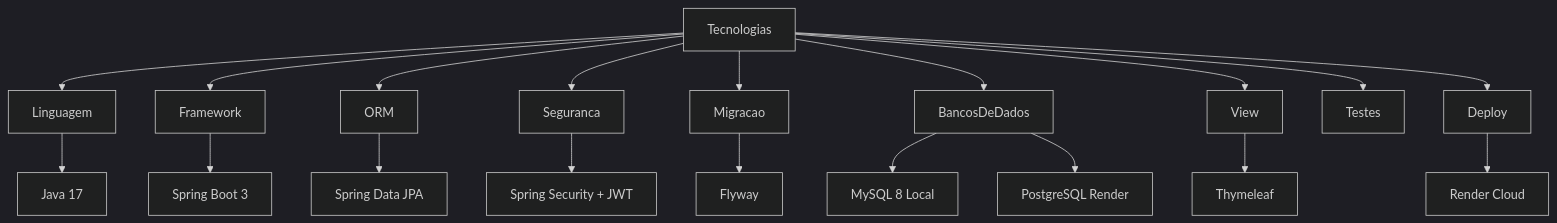
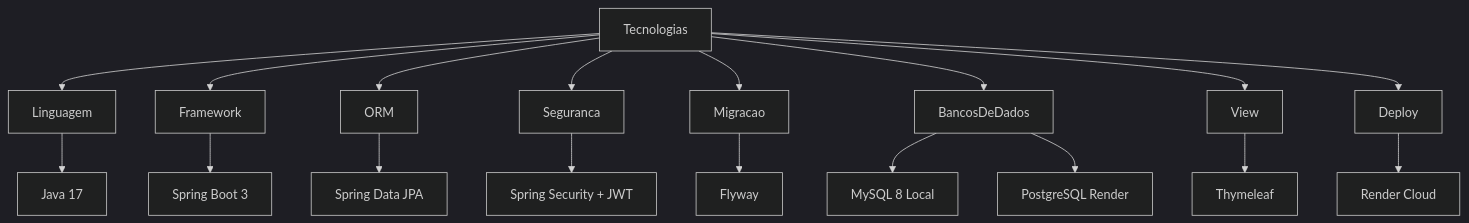
The fourth of 4 diagrams in README.md (giovannarevitoroz/Sprint03-Mottu-Motion-Java-Adavanced), drawn with Mermaid (dark theme) before and after one commit. The commit also changed other lines of this file, not shown here.

````diff
--- a/README.md
+++ b/README.md
@@ -222,23 +246,22 @@
 ```mermaid
 graph TD
     Tecnologias --> Linguagem
     Tecnologias --> Framework
     Tecnologias --> ORM
     Tecnologias --> Seguranca
     Tecnologias --> Migracao
     Tecnologias --> BancosDeDados
     Tecnologias --> View
-    Tecnologias --> Testes
     Tecnologias --> Deploy
 
     Linguagem --> Java17[Java 17]
     Framework --> SpringBoot3[Spring Boot 3]
     ORM --> SpringDataJPA[Spring Data JPA]
     Seguranca --> SpringSecurityJWT[Spring Security + JWT]
     Migracao --> Flyway[Flyway]
     BancosDeDados --> MySQL8[MySQL 8 Local]
     BancosDeDados --> PostgreSQL[PostgreSQL Render]
     View --> Thymeleaf[Thymeleaf]
     Deploy --> RenderCloud[Render Cloud]
 
 ```
````
